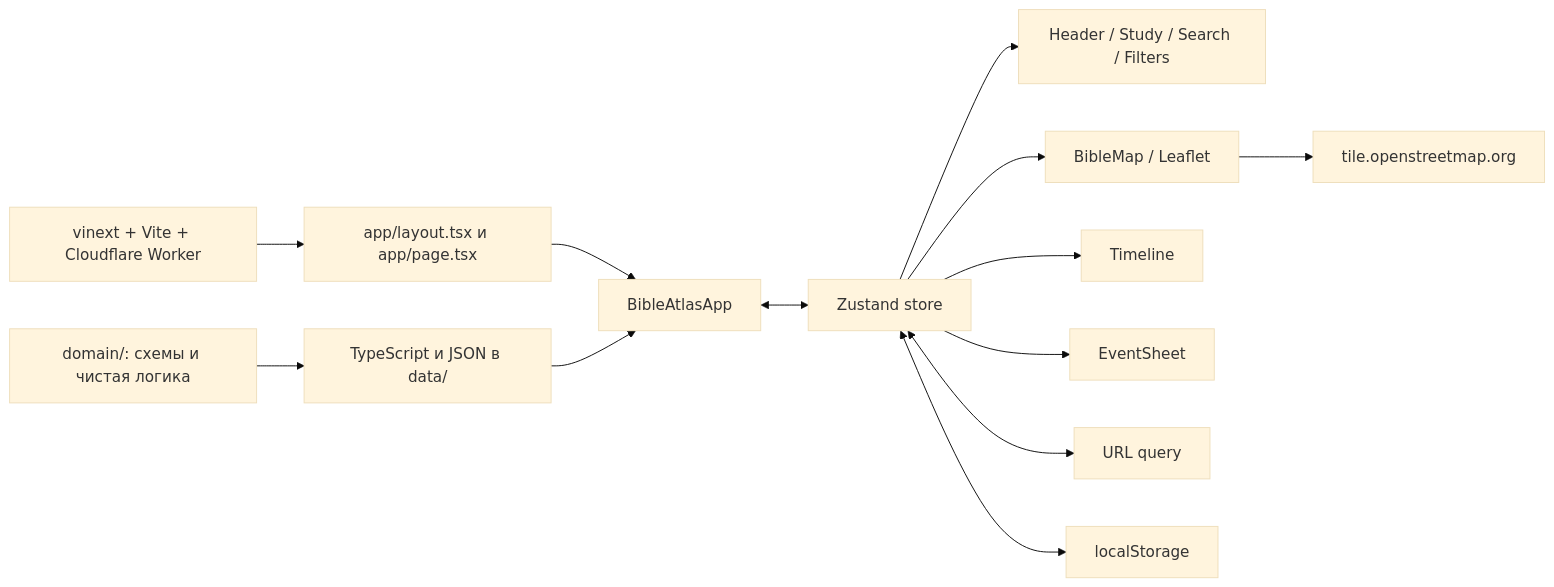
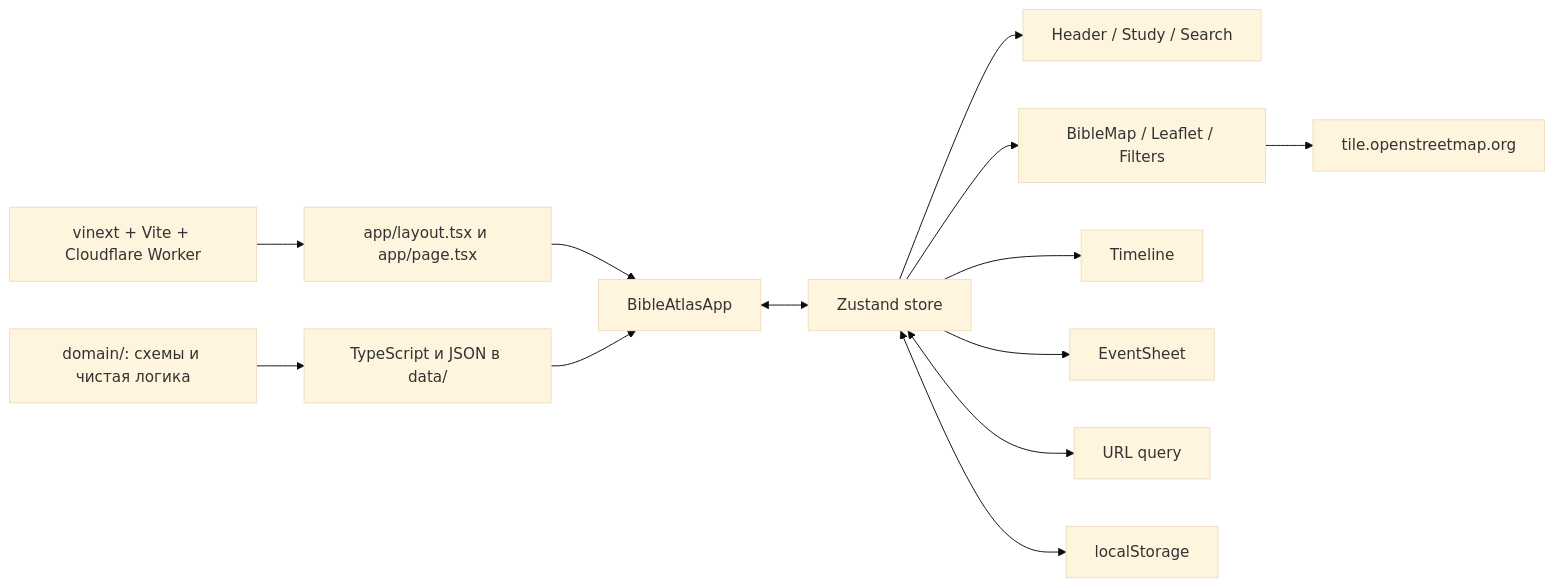
Before and after one commit to marakhin/interactive_bible_map: the diagram in PROJECT_DOCUMENTATION.md, drawn with Mermaid (base theme). The commit also changed other lines of this file and 8 other files, not shown here.

Commit message:
Move filters onto the map

````diff
--- a/PROJECT_DOCUMENTATION.md
+++ b/PROJECT_DOCUMENTATION.md
@@ -62,15 +63,15 @@
 ```mermaid
 flowchart LR
     A[app/layout.tsx и app/page.tsx] --> B[BibleAtlasApp]
     D[TypeScript и JSON в data/] --> B
     T[domain/: схемы и чистая логика] --> D
     B <--> S[Zustand store]
-    S --> U[Header / Study / Search / Filters]
-    S --> M[BibleMap / Leaflet]
+    S --> U[Header / Study / Search]
+    S --> M[BibleMap / Leaflet / Filters]
     S --> L[Timeline]
     S --> E[EventSheet]
     S <--> Q[URL query]
     S <--> LS[localStorage]
     M --> OSM[tile.openstreetmap.org]
     W[vinext + Vite + Cloudflare Worker] --> A
 ```
````
